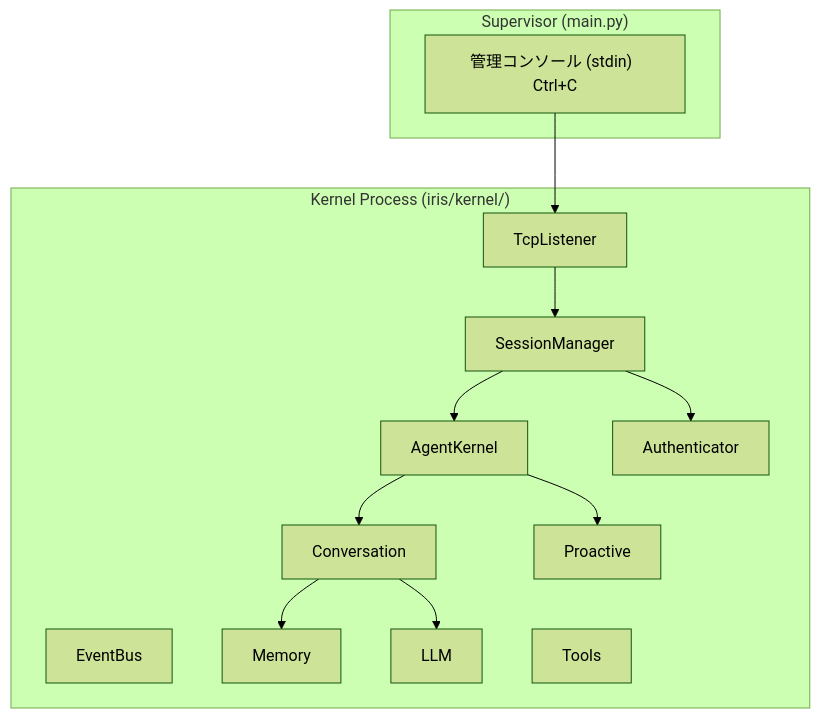
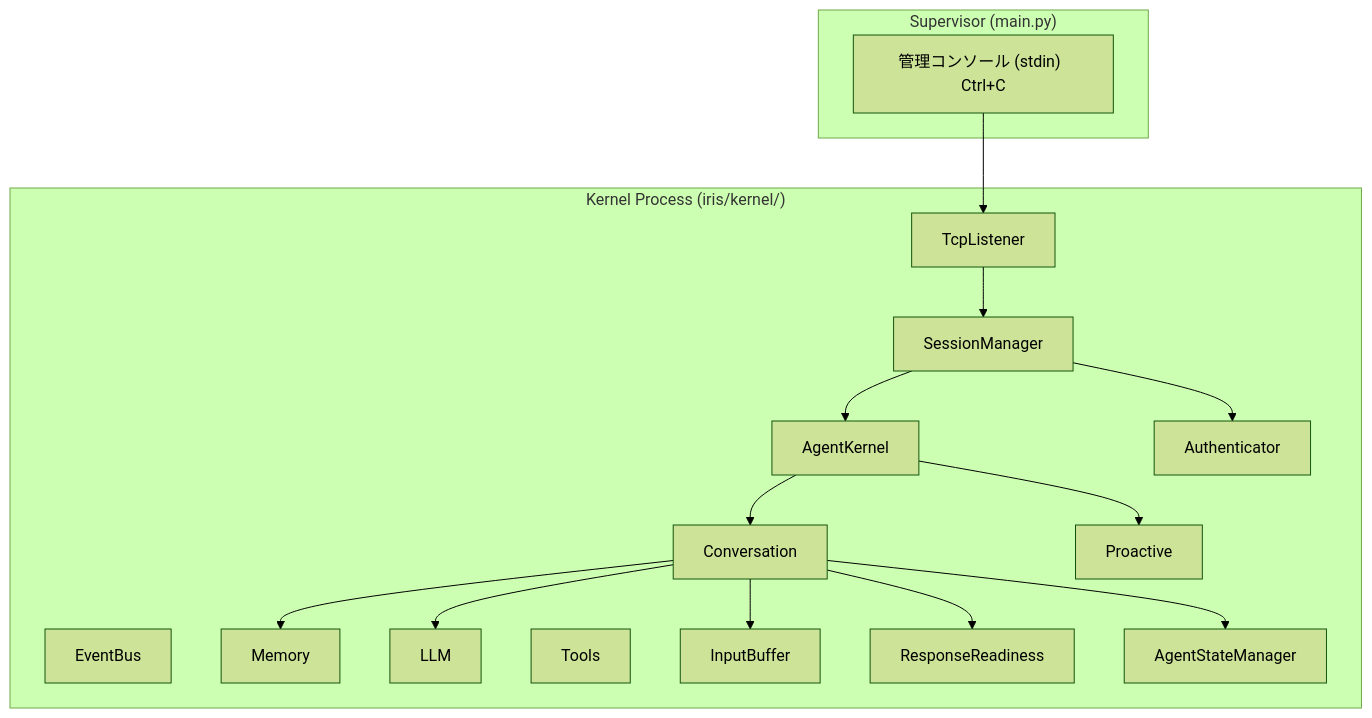
The first of 7 diagrams in docs/architecture.md (ibukani/iris-mind), drawn with Mermaid (forest theme) before and after one commit. The commit also changed other lines of this file and 25 other files, not shown here.

````diff
--- a/docs/architecture.md
+++ b/docs/architecture.md
@@ -8,26 +8,32 @@
 ```mermaid
 flowchart TD
     subgraph Supervisor["Supervisor (main.py)"]
         Console["管理コンソール (stdin)  Ctrl+C"]
     end
     subgraph Kernel["Kernel Process (iris/kernel/)"]
         EventBus
         AgentKernel
         Conversation
         Proactive
         Memory
         LLM
         Tools
         TcpListener
         SessionManager
         Authenticator
+        InputBuffer
+        ResponseReadiness
+        AgentStateManager
     end
     Console --> TcpListener
     TcpListener --> SessionManager
     SessionManager --> Authenticator
     SessionManager --> AgentKernel
     AgentKernel --> Conversation
     AgentKernel --> Proactive
     Conversation --> LLM
     Conversation --> Memory
+    Conversation --> InputBuffer
+    Conversation --> ResponseReadiness
+    Conversation --> AgentStateManager
 ```
````
